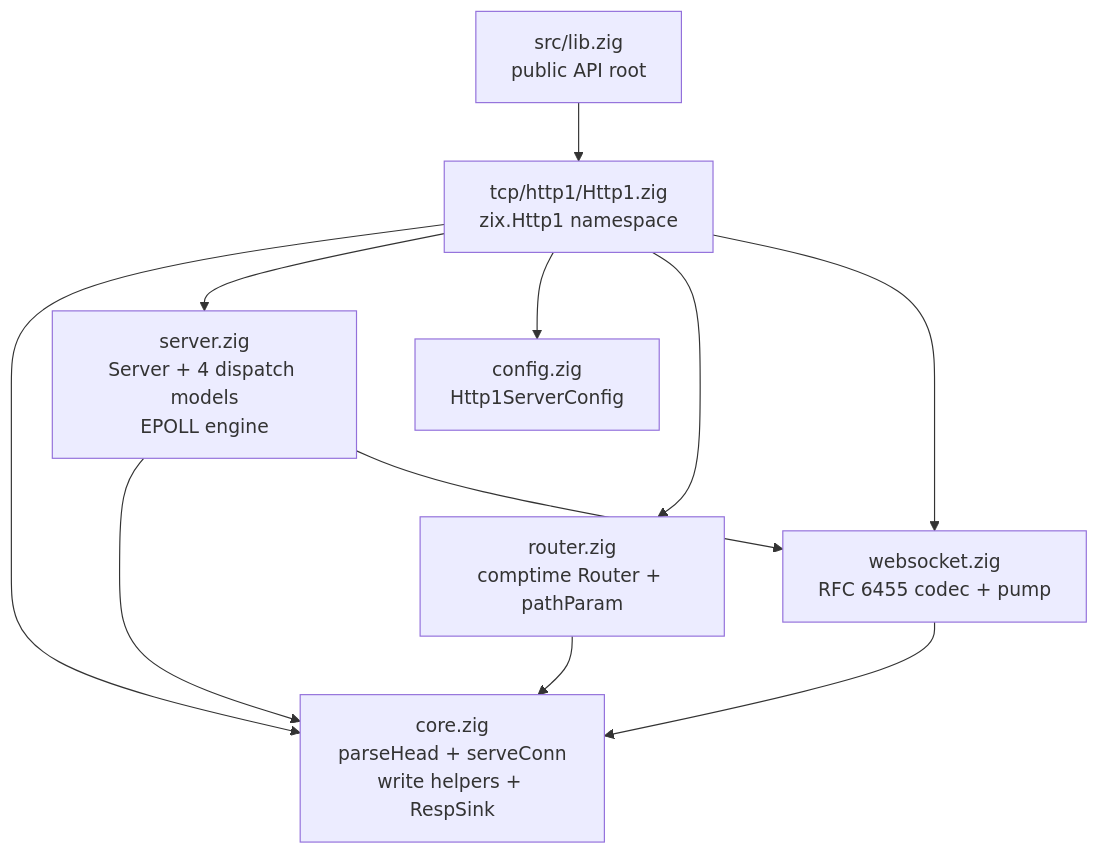
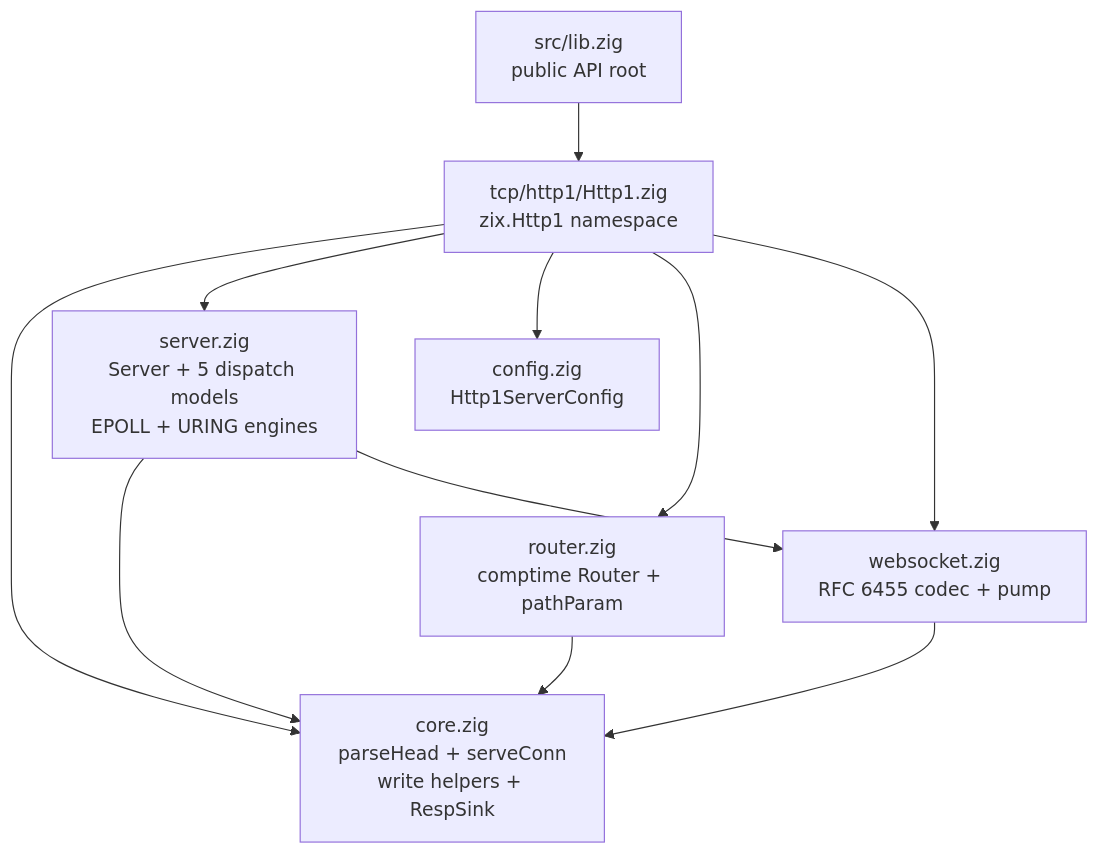
One commit to prothegee/zix changed the fourth of 6 diagrams in docs/hld-http1-id.md. Above: the diagram before and after it, drawn with Mermaid. The commit also changed other lines of this file and 35 other files, not shown here.

````diff
--- a/docs/hld-http1-id.md
+++ b/docs/hld-http1-id.md
@@ -112,15 +112,15 @@
 ```mermaid
 graph TD
     zix["src/lib.zig\npublic API root"] --> Http1["tcp/http1/Http1.zig\nzix.Http1 namespace"]
 
     Http1 --> core["core.zig\nparseHead + serveConn\nwrite helpers + RespSink"]
-    Http1 --> server["server.zig\nServer + 4 dispatch models\nEPOLL engine"]
+    Http1 --> server["server.zig\nServer + 5 dispatch models\nEPOLL + URING engines"]
     Http1 --> config["config.zig\nHttp1ServerConfig"]
     Http1 --> router["router.zig\ncomptime Router + pathParam"]
     Http1 --> websocket["websocket.zig\nRFC 6455 codec + pump"]
 
     server --> core
     server --> websocket
     router --> core
     websocket --> core
 ```
````
